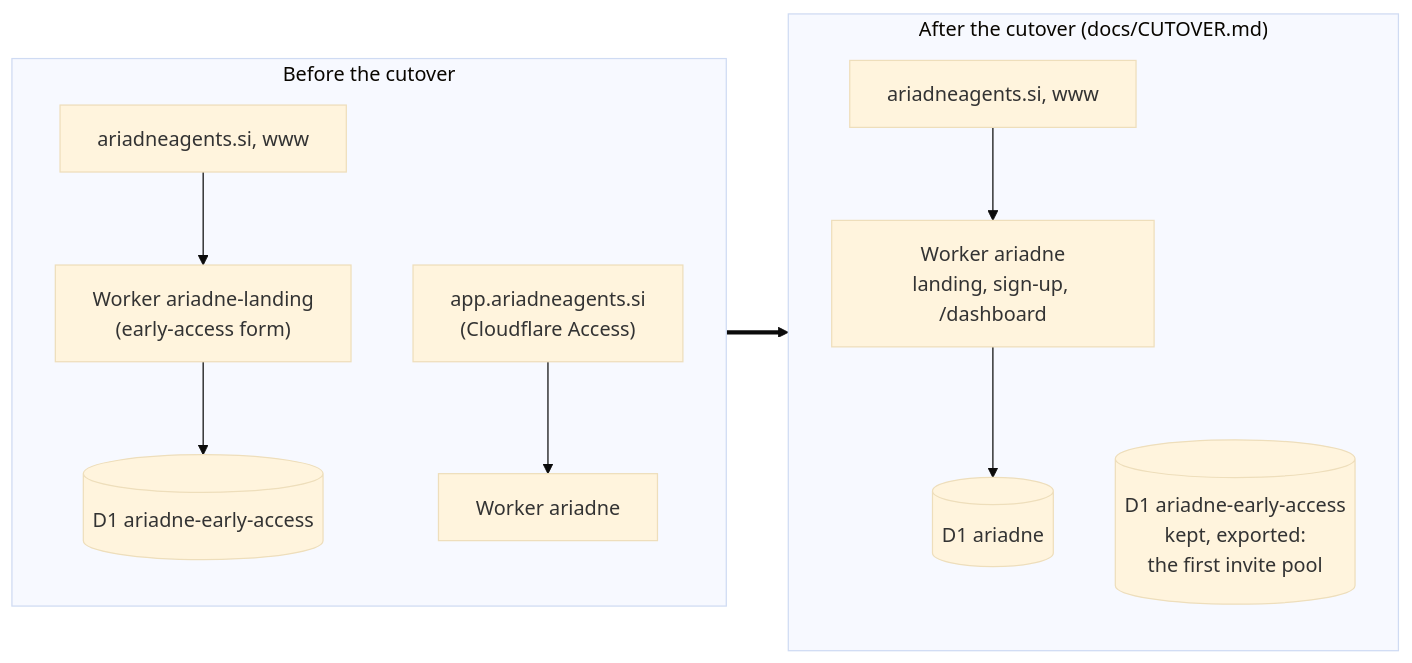
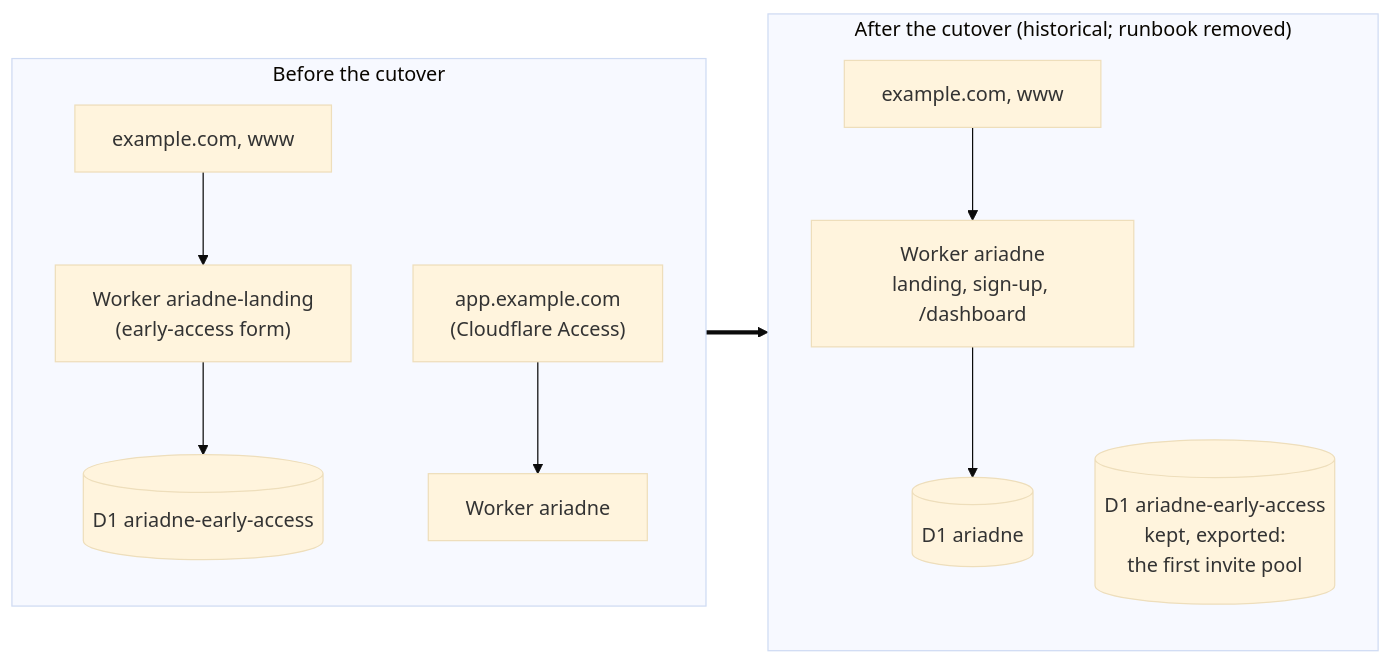
Before and after one commit to saadixsd/Ariadne: the fourth of 6 diagrams in docs/ARCHITECTURE.md, drawn with Mermaid (base theme). The commit also changed other lines of this file and 30 other files, not shown here.

````diff
--- a/docs/ARCHITECTURE.md
+++ b/docs/ARCHITECTURE.md
@@ -171,14 +171,14 @@
 ```mermaid
 flowchart LR
   subgraph Before["Before the cutover"]
-    A1["ariadneagents.si, www"] --> LW["Worker ariadne-landing<br/>(early-access form)"]
+    A1["example.com, www"] --> LW["Worker ariadne-landing<br/>(early-access form)"]
     LW --> EA[("D1 ariadne-early-access")]
-    A2["app.ariadneagents.si<br/>(Cloudflare Access)"] --> AW1["Worker ariadne"]
+    A2["app.example.com<br/>(Cloudflare Access)"] --> AW1["Worker ariadne"]
   end
-  subgraph After["After the cutover (docs/CUTOVER.md)"]
-    B1["ariadneagents.si, www"] --> AW2["Worker ariadne<br/>landing, sign-up, /dashboard"]
+  subgraph After["After the cutover (historical; runbook removed)"]
+    B1["example.com, www"] --> AW2["Worker ariadne<br/>landing, sign-up, /dashboard"]
     AW2 --> AD[("D1 ariadne")]
     EA2[("D1 ariadne-early-access<br/>kept, exported:<br/>the first invite pool")]
   end
   Before ==> After
 ```
````
